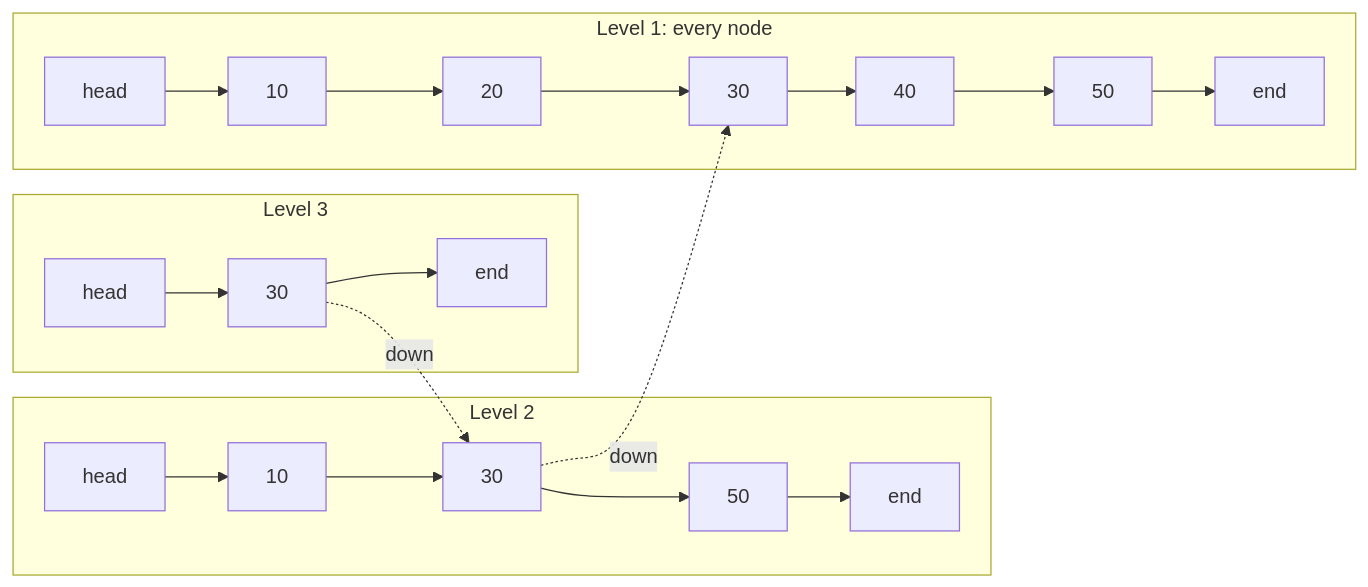
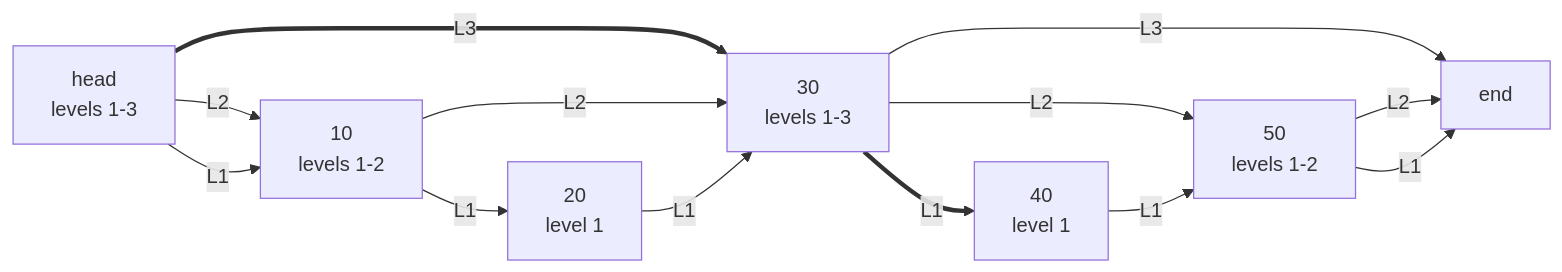
The diagram in diagrams/ch17/fig-17-08.mmd (Sampath1-1-1/System-Design), drawn with Mermaid before and after one commit. The commit also changed 51 other files, not shown here.

```diff
--- a/diagrams/ch17/fig-17-08.mmd
+++ b/diagrams/ch17/fig-17-08.mmd
@@ -1,13 +1,21 @@
-%% Figure 17.8 — A skip list with three levels; searching for 40
+%% Figure 17.8 — A skip list with three levels; the bold path finds 40
 flowchart LR
-  subgraph L3["Level 3"]
-    H3[head] --> N30c[30] --> E3[end]
-  end
-  subgraph L2["Level 2"]
-    H2[head] --> N10b[10] --> N30b[30] --> N50b[50] --> E2[end]
-  end
-  subgraph L1["Level 1: every node"]
-    H1[head] --> N10[10] --> N20[20] --> N30[30] --> N40[40] --> N50[50] --> E1[end]
-  end
-  N30c -.->|down| N30b
-  N30b -.->|down| N30
+  H["head<br/>levels 1-3"]
+  N10["10<br/>levels 1-2"]
+  N20["20<br/>level 1"]
+  N30["30<br/>levels 1-3"]
+  N40["40<br/>level 1"]
+  N50["50<br/>levels 1-2"]
+  E["end"]
+  H ==>|L3| N30
+  N30 -->|L3| E
+  H -->|L2| N10
+  N10 -->|L2| N30
+  N30 -->|L2| N50
+  N50 -->|L2| E
+  H -->|L1| N10
+  N10 -->|L1| N20
+  N20 -->|L1| N30
+  N30 ==>|L1| N40
+  N40 -->|L1| N50
+  N50 -->|L1| E
```
